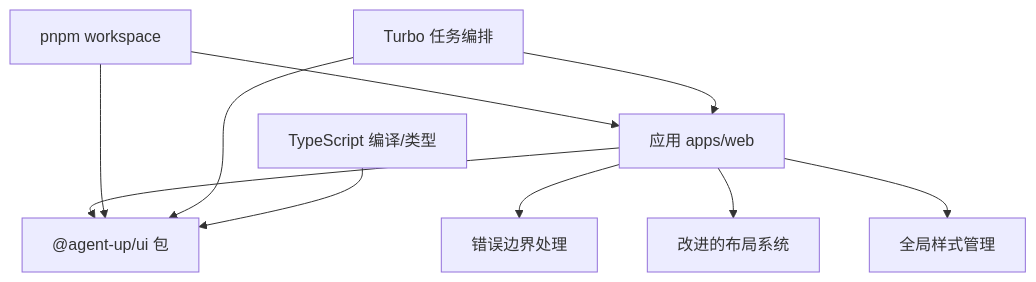
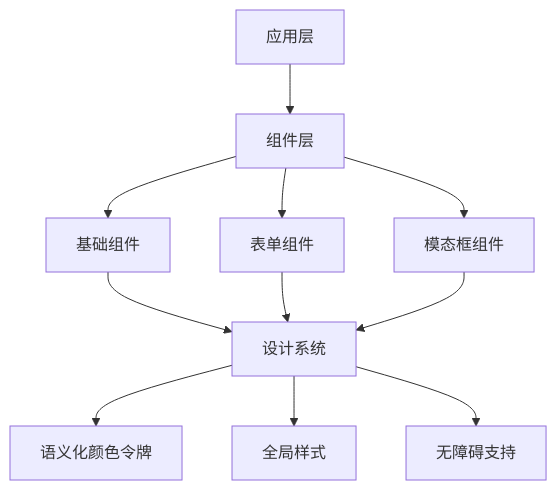
The second of 3 diagrams in .qoder/repowiki/zh/content/共享包开发/UI Component Library 包.md (ai-guru-global/agent-up), drawn with Mermaid before and after one commit. The commit also changed other lines of this file and 13 other files, not shown here.

````diff
--- a/.qoder/repowiki/zh/content/共享包开发/UI Component Library 包.md
+++ b/.qoder/repowiki/zh/content/共享包开发/UI Component Library 包.md
@@ -109,20 +110,22 @@
 ```mermaid
-graph TB
-App["应用 apps/web"]
-UI["@agent-up/ui 包"]
-Pnpm["pnpm workspace"]
-Turbo["Turbo 任务编排"]
-TS["TypeScript 编译/类型"]
-ErrorBoundary["错误边界处理"]
-LayoutSystem["改进的布局系统"]
-GlobalStyles["全局样式管理"]
-App --> UI
-App --> ErrorBoundary
-App --> LayoutSystem
-App --> GlobalStyles
-Pnpm --> App
-Pnpm --> UI
-Turbo --> App
-Turbo --> UI
-TS --> UI
+graph TD
+App["应用层"]
+Components["组件层"]
+Primitives["基础组件"]
+Forms["表单组件"]
+Modals["模态框组件"]
+DesignSystem["设计系统"]
+Tokens["语义化颜色令牌"]
+Styles["全局样式"]
+Accessibility["无障碍支持"]
+App --> Components
+Components --> Primitives
+Components --> Forms
+Components --> Modals
+Primitives --> DesignSystem
+Forms --> DesignSystem
+Modals --> DesignSystem
+DesignSystem --> Tokens
+DesignSystem --> Styles
+DesignSystem --> Accessibility
 ```
````
